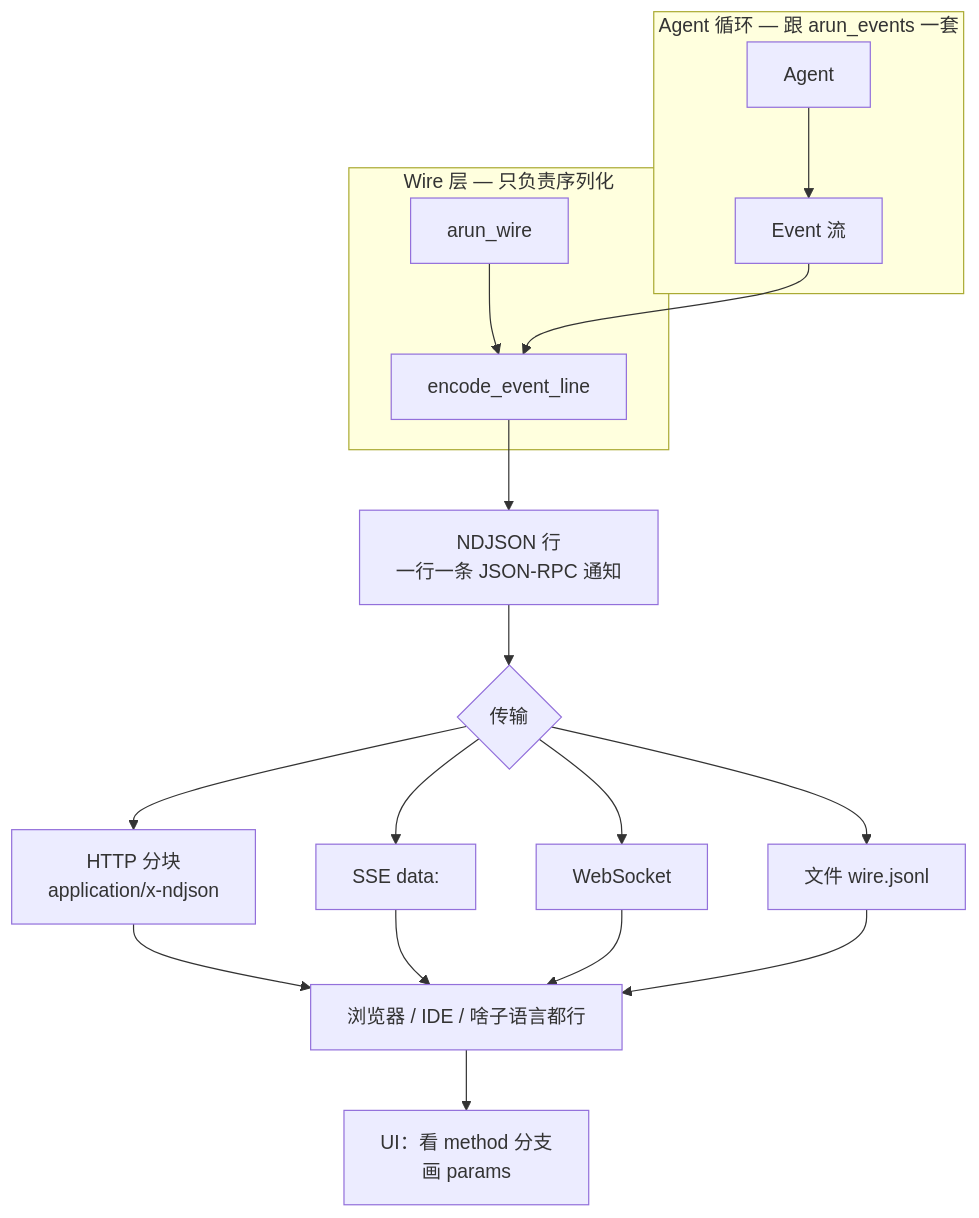
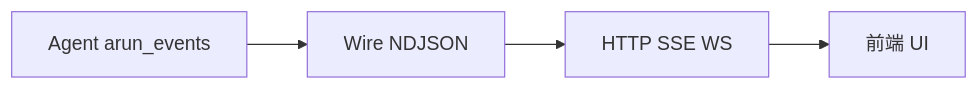
The first of 4 diagrams in docs/sc/wire.md (Mayerxjchen/ElectroMind), drawn with Mermaid before and after one commit. The commit also changed other lines of this file and 23 other files, not shown here.

First line of the commit message:
docs: add Mermaid diagrams and fix rendering

````diff
--- a/docs/sc/wire.md
+++ b/docs/sc/wire.md
@@ -13,30 +13,9 @@
 ```mermaid
-flowchart TB
-  subgraph loop [Agent 循环 — 跟 arun_events 一套]
-    A[Agent]
-    E[Event 流]
-    A --> E
-  end
+flowchart LR
+  A[Agent arun_events]
+  W[Wire NDJSON]
+  T[HTTP SSE WS]
+  U[前端 UI]
 
-  subgraph wire [Wire 层 — 只负责序列化]
-    W[arun_wire]
-    ENC[encode_event_line]
-    W --> ENC
-  end
-
-  E --> ENC
-  ENC --> NDJSON[NDJSON 行<br/>一行一条 JSON-RPC 通知]
-
-  NDJSON --> T{传输}
-  T --> H[HTTP 分块<br/>application/x-ndjson]
-  T --> S[SSE data:]
-  T --> WS[WebSocket]
-  T --> F[文件 wire.jsonl]
-
-  H --> C[浏览器 / IDE / 啥子语言都行]
-  S --> C
-  WS --> C
-  F --> C
-
-  C --> UI[UI：看 method 分支<br/>画 params]
+  A --> W --> T --> U
 ```
````
